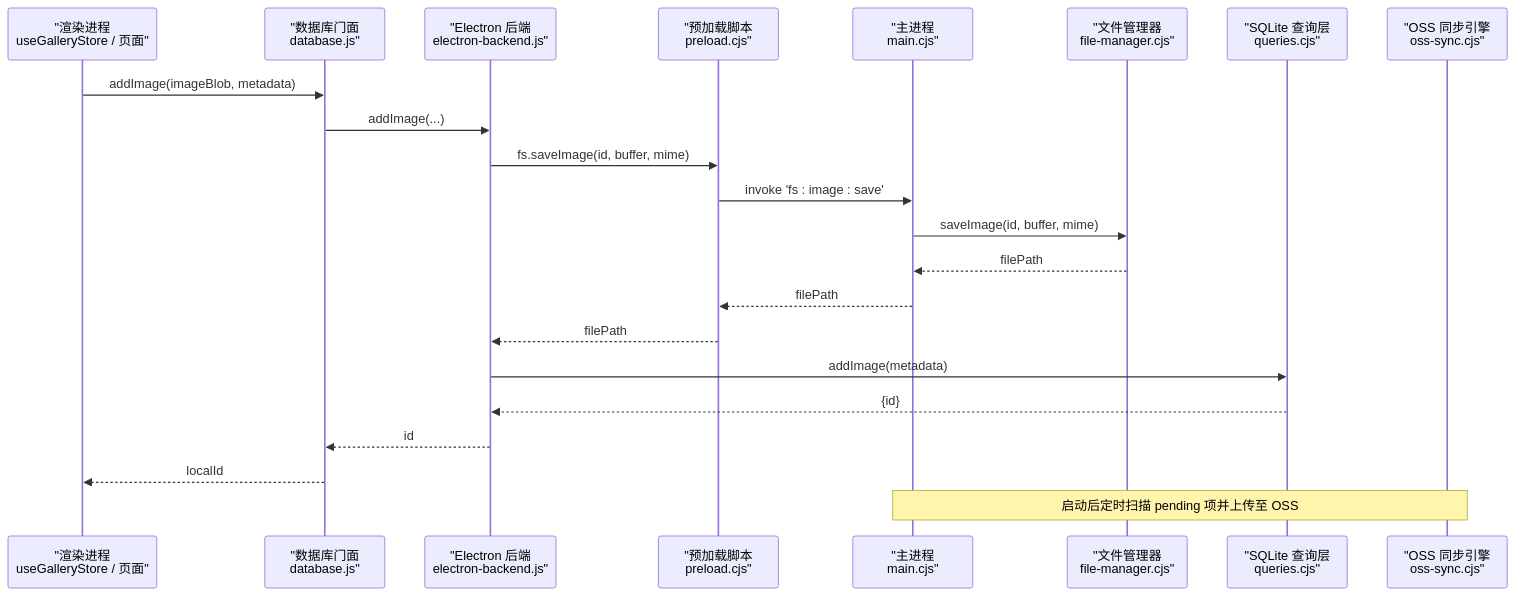
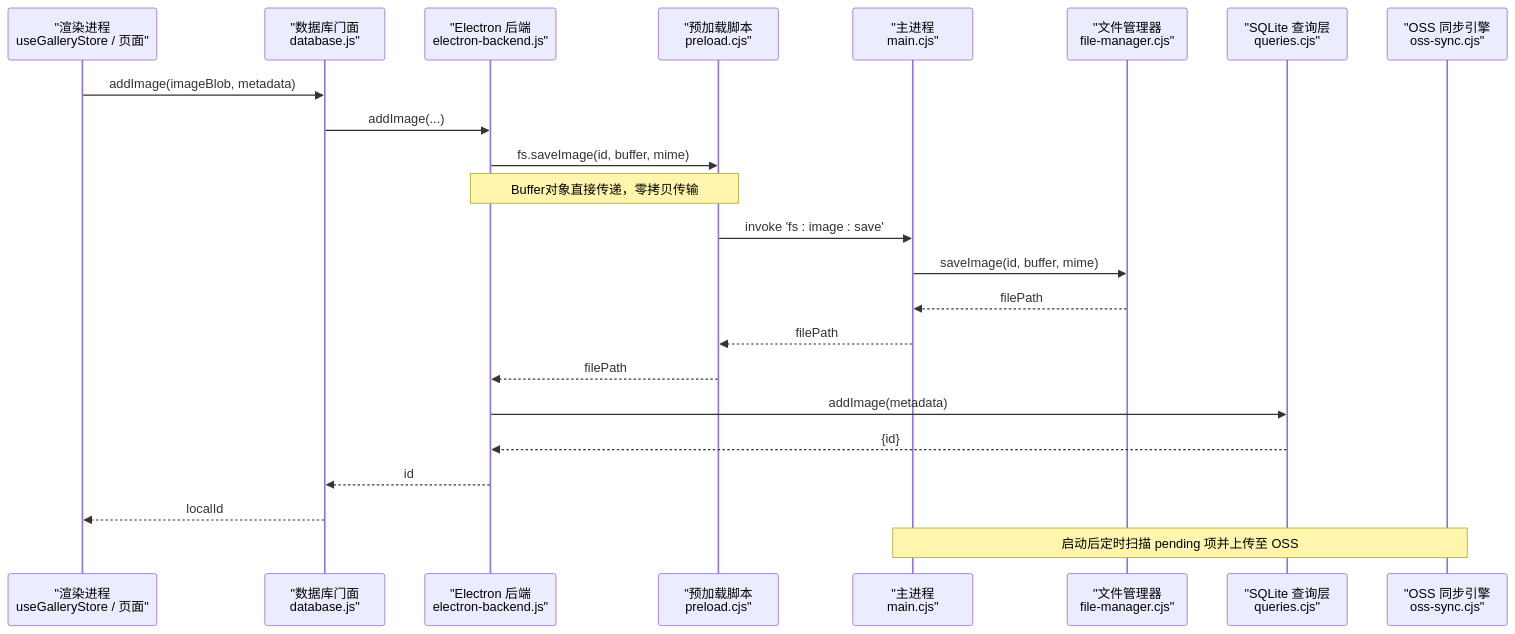
One commit to AlbusWei/AI-Image-Studio changed the second of 8 diagrams in .qoder/repowiki/zh/content/服务层/文件系统管理.md. Above: the diagram before and after it, drawn with Mermaid. The commit also changed other lines of this file and 26 other files, not shown here.

Commit message:
fix: 修复 Gallery 图片显示 broken image 问题

````diff
--- a/.qoder/repowiki/zh/content/服务层/文件系统管理.md
+++ b/.qoder/repowiki/zh/content/服务层/文件系统管理.md
@@ -121,24 +130,25 @@
 ```mermaid
 sequenceDiagram
 participant UI as "渲染进程<br/>useGalleryStore / 页面"
 participant DBF as "数据库门面<br/>database.js"
 participant EB as "Electron 后端<br/>electron-backend.js"
 participant PL as "预加载脚本<br/>preload.cjs"
 participant MP as "主进程<br/>main.cjs"
 participant FM as "文件管理器<br/>file-manager.cjs"
 participant SQL as "SQLite 查询层<br/>queries.cjs"
 participant OSS as "OSS 同步引擎<br/>oss-sync.cjs"
 UI->>DBF : addImage(imageBlob, metadata)
 DBF->>EB : addImage(...)
 EB->>PL : fs.saveImage(id, buffer, mime)
+Note over EB,PL : Buffer对象直接传递，零拷贝传输
 PL->>MP : invoke 'fs : image : save'
 MP->>FM : saveImage(id, buffer, mime)
 FM-->>MP : filePath
 MP-->>PL : filePath
 PL-->>EB : filePath
 EB->>SQL : addImage(metadata)
 SQL-->>EB : {id}
 EB-->>DBF : id
 DBF-->>UI : localId
 Note over OSS,MP : 启动后定时扫描 pending 项并上传至 OSS
 ```
````
